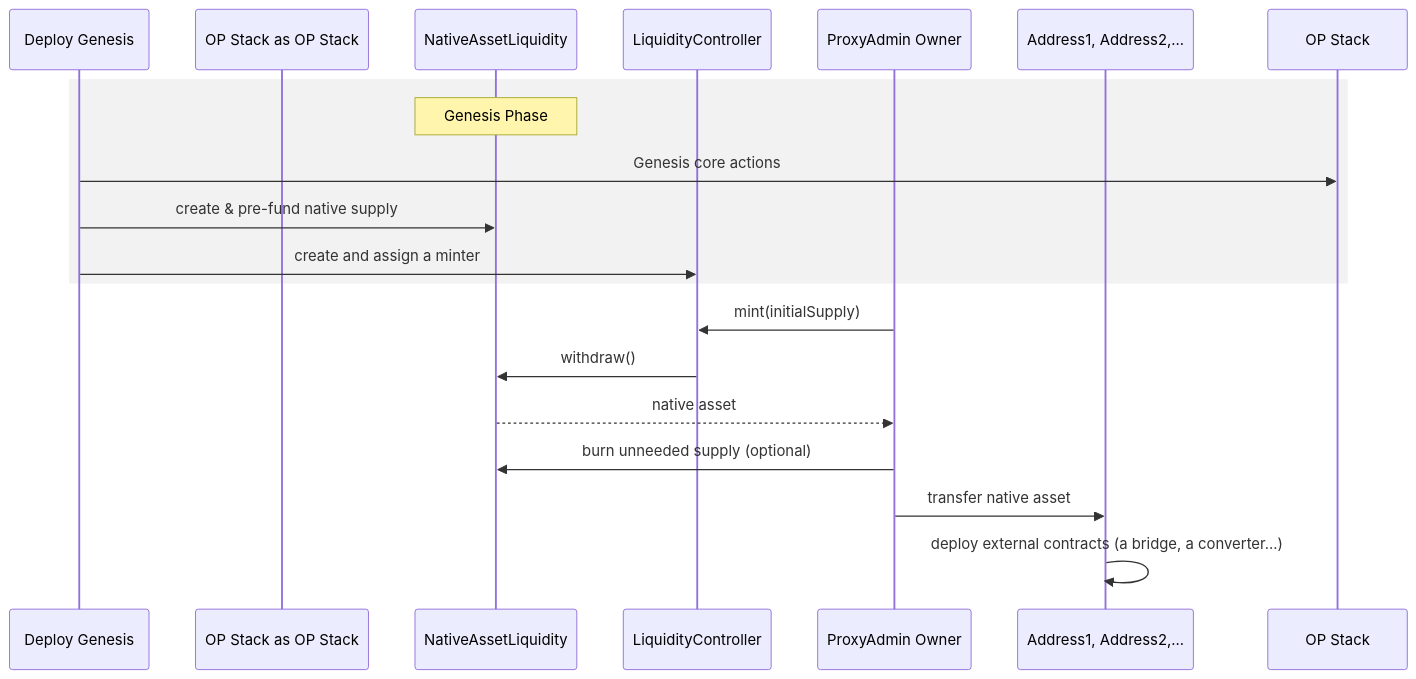
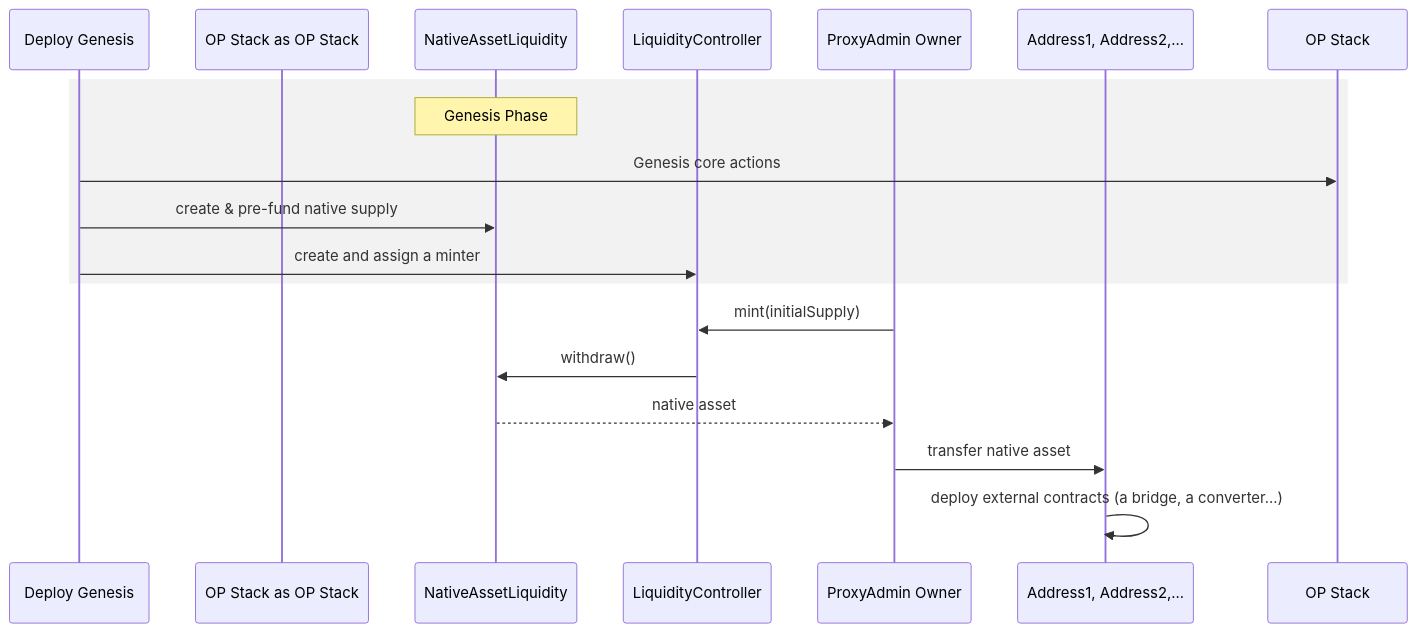
Before and after one commit to ethereum-optimism/design-docs: the second of 3 diagrams in protocol/custom-gas-token.md, drawn with Mermaid. The commit also changed other lines of this file, not shown here.

Commit message:
docs: remove burn functionality from NativeAssetLiquidity

````diff
--- a/protocol/custom-gas-token.md
+++ b/protocol/custom-gas-token.md
@@ -184,23 +177,22 @@
 ```mermaid
 sequenceDiagram
     participant Genesis   as Deploy Genesis
     participant OP Stack  as OP Stack
     participant Liquidity as NativeAssetLiquidity
     participant Controller as LiquidityController
     participant Governor  as ProxyAdmin Owner
     participant Deployer  as Address1, Address2,...
 
     rect rgba(128, 128, 128, 0.1)
 		note over Liquidity: Genesis Phase
     Genesis->>OP Stack: Genesis core actions
     Genesis->>Liquidity: create & pre-fund native supply
     Genesis->>Controller: create and assign a minter
     end
     Governor->>Controller: mint(initialSupply)
     Controller->>Liquidity: withdraw()
     Liquidity-->>Governor: native asset
-    Governor->>Liquidity: burn unneeded supply (optional)
     Governor->>Deployer: transfer native asset
     Deployer->>Deployer: deploy external contracts (a bridge, a converter...)
 
 ```
````
